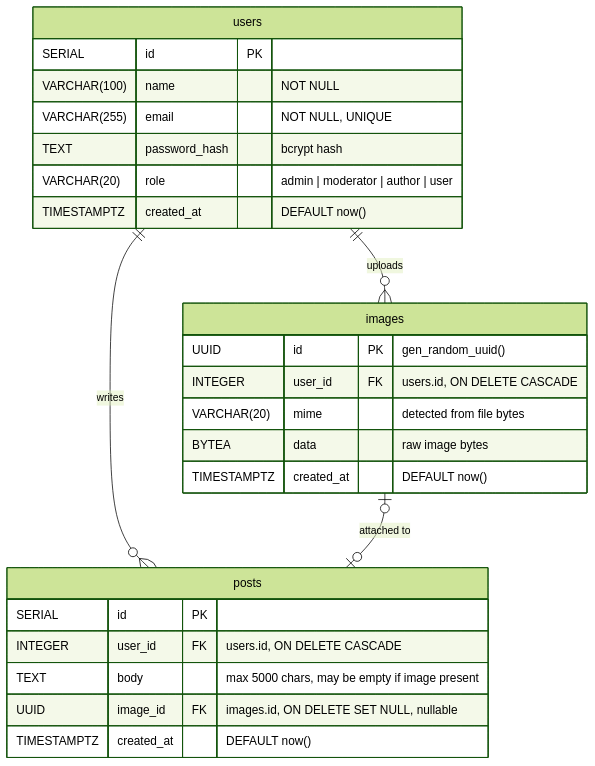
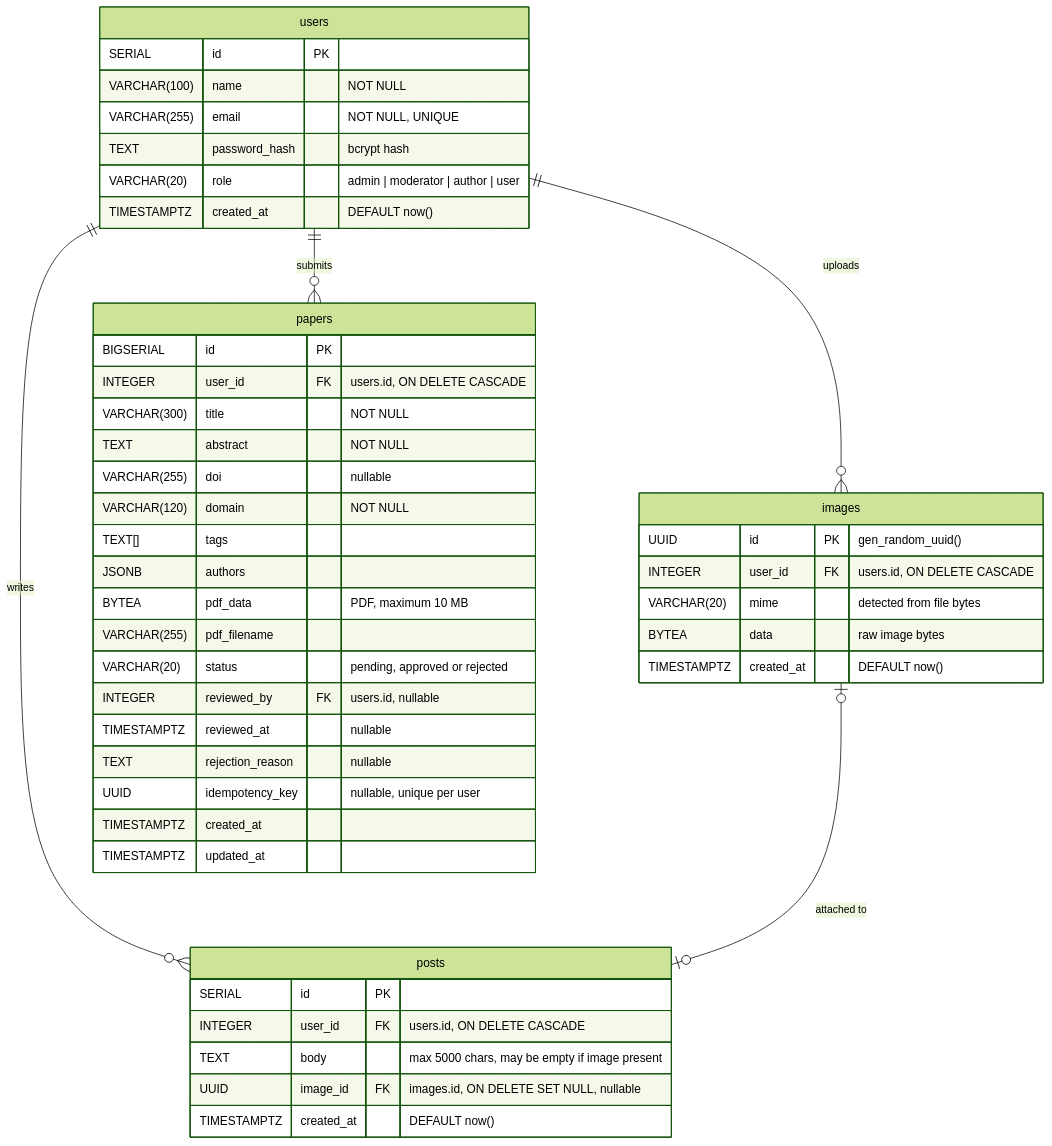
Before and after one commit to jeevankumar-m/SNARP-Uptoskills: the third of 3 diagrams in README.md, drawn with Mermaid (forest theme). The commit also changed other lines of this file and 32 other files, not shown here.

````diff
--- a/README.md
+++ b/README.md
@@ -196,31 +198,52 @@
 ```mermaid
 erDiagram
     users ||--o{ posts : "writes"
     users ||--o{ images : "uploads"
+    users ||--o{ papers : "submits"
     images |o--o| posts : "attached to"
 
     users {
         SERIAL id PK
         VARCHAR(100) name "NOT NULL"
         VARCHAR(255) email "NOT NULL, UNIQUE"
         TEXT password_hash "bcrypt hash"
         VARCHAR(20) role "admin | moderator | author | user"
         TIMESTAMPTZ created_at "DEFAULT now()"
     }
 
     posts {
         SERIAL id PK
         INTEGER user_id FK "users.id, ON DELETE CASCADE"
         TEXT body "max 5000 chars, may be empty if image present"
         UUID image_id FK "images.id, ON DELETE SET NULL, nullable"
         TIMESTAMPTZ created_at "DEFAULT now()"
     }
 
     images {
         UUID id PK "gen_random_uuid()"
         INTEGER user_id FK "users.id, ON DELETE CASCADE"
         VARCHAR(20) mime "detected from file bytes"
         BYTEA data "raw image bytes"
         TIMESTAMPTZ created_at "DEFAULT now()"
     }
+
+    papers {
+        BIGSERIAL id PK
+        INTEGER user_id FK "users.id, ON DELETE CASCADE"
+        VARCHAR(300) title "NOT NULL"
+        TEXT abstract "NOT NULL"
+        VARCHAR(255) doi "nullable"
+        VARCHAR(120) domain "NOT NULL"
+        TEXT[] tags
+        JSONB authors
+        BYTEA pdf_data "PDF, maximum 10 MB"
+        VARCHAR(255) pdf_filename
+        VARCHAR(20) status "pending, approved or rejected"
+        INTEGER reviewed_by FK "users.id, nullable"
+        TIMESTAMPTZ reviewed_at "nullable"
+        TEXT rejection_reason "nullable"
+        UUID idempotency_key "nullable, unique per user"
+        TIMESTAMPTZ created_at
+        TIMESTAMPTZ updated_at
+    }
 ```
````
